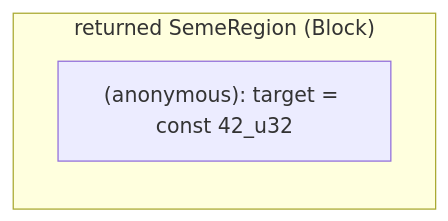
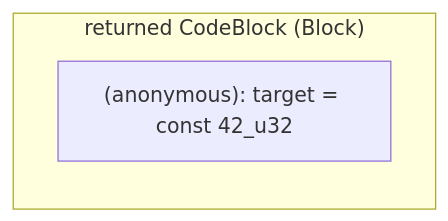
Before and after one commit to rust-lang/a-mir-formality: the second of 5 diagrams in book/src/formality_rust/codegen.md, drawn with Mermaid. The commit also changed other lines of this file and 4 other files, not shown here.

First line of the commit message:
rename SemeRegion to CodeBlock

````diff
--- a/book/src/formality_rust/codegen.md
+++ b/book/src/formality_rust/codegen.md
@@ -114,6 +114,6 @@
 ```mermaid
 graph LR
-    subgraph "returned SemeRegion (Block)"
+    subgraph "returned CodeBlock (Block)"
         anon["(anonymous): target = const 42_u32"]
     end
 ```
````
